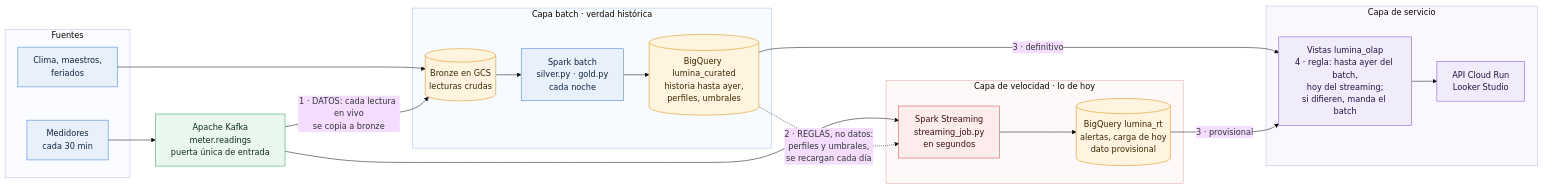
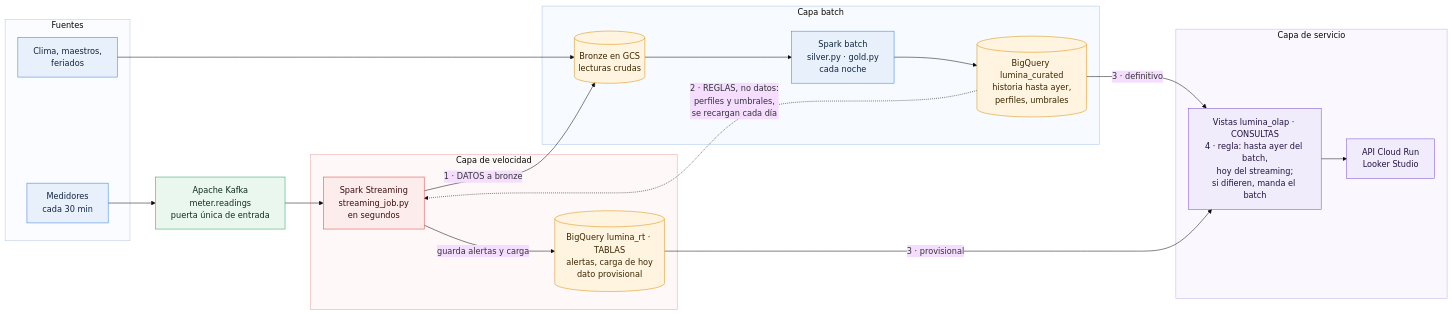
Before and after one commit to Diego9828/dataenergia-lumina: the diagram in docs/diagrama_lambda.mmd, drawn with Mermaid (base theme). The commit also changed 8 other files, not shown here.

First line of the commit message:
Diagramas: el job de streaming escribe en bronze y en tablas rt

```diff
--- a/docs/diagrama_lambda.mmd
+++ b/docs/diagrama_lambda.mmd
@@ -1,52 +1,52 @@
 flowchart LR
   subgraph SRC["Fuentes"]
     M["Medidores<br/>cada 30 min"]
     O["Clima, maestros,<br/>feriados"]
   end
 
   K["Apache Kafka<br/>meter.readings<br/>puerta única de entrada"]
 
-  subgraph BATCH["Capa batch · verdad histórica"]
+  subgraph BATCH["Capa batch"]
     B1[("Bronze en GCS<br/>lecturas crudas")]
     B2["Spark batch<br/>silver.py · gold.py<br/>cada noche"]
     B3[("BigQuery lumina_curated<br/>historia hasta ayer,<br/>perfiles, umbrales")]
   end
 
-  subgraph SPEED["Capa de velocidad · lo de hoy"]
+  subgraph SPEED["Capa de velocidad"]
     S1["Spark Streaming<br/>streaming_job.py<br/>en segundos"]
-    S2[("BigQuery lumina_rt<br/>alertas, carga de hoy<br/>dato provisional")]
+    S2[("BigQuery lumina_rt · TABLAS<br/>alertas, carga de hoy<br/>dato provisional")]
   end
 
   subgraph SERVE["Capa de servicio"]
-    V["Vistas lumina_olap<br/>4 · regla: hasta ayer del batch,<br/>hoy del streaming;<br/>si difieren, manda el batch"]
+    V["Vistas lumina_olap · CONSULTAS<br/>4 · regla: hasta ayer del batch,<br/>hoy del streaming;<br/>si difieren, manda el batch"]
     API["API Cloud Run<br/>Looker Studio"]
   end
 
   M --> K
   O --> B1
-  K -->|"1 · DATOS: cada lectura en vivo<br/>se copia a bronze"| B1
   K --> S1
+  S1 -->|"1 · DATOS a bronze"| B1
   B1 --> B2
   B2 --> B3
   B3 -.->|"2 · REGLAS, no datos:<br/>perfiles y umbrales,<br/>se recargan cada día"| S1
-  S1 --> S2
+  S1 -->|"guarda alertas y carga"| S2
   B3 -->|"3 · definitivo"| V
   S2 -->|"3 · provisional"| V
   V --> API
 
   classDef src fill:#E8F1FB,stroke:#3B7DD8,color:#10243F
   classDef kafka fill:#EAF7EF,stroke:#2E9E5B,color:#0F2E1C
   classDef batch fill:#E8F1FB,stroke:#3B7DD8,color:#10243F
   classDef rt fill:#FDECEC,stroke:#D64545,color:#3B0E0E
   classDef store fill:#FFF4E0,stroke:#D98E04,color:#3A2600
   classDef serve fill:#F1ECFB,stroke:#7A4FD0,color:#22123F
   class M,O src
   class K kafka
   class B2 batch
   class S1 rt
   class B1,B3,S2 store
   class V,API serve
   style SRC fill:#FAFCFF,stroke:#B8C7DC
   style BATCH fill:#F7FAFE,stroke:#A9C4EB
   style SPEED fill:#FFF8F8,stroke:#E8A3A3
   style SERVE fill:#FAF8FE,stroke:#C3B2EA
```
